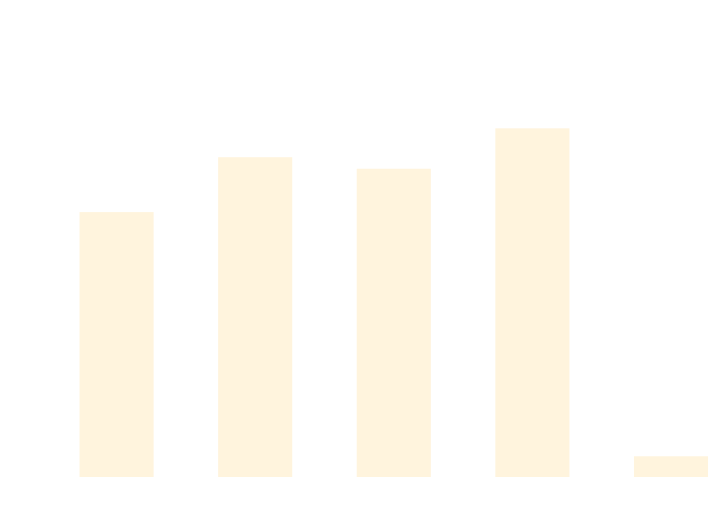
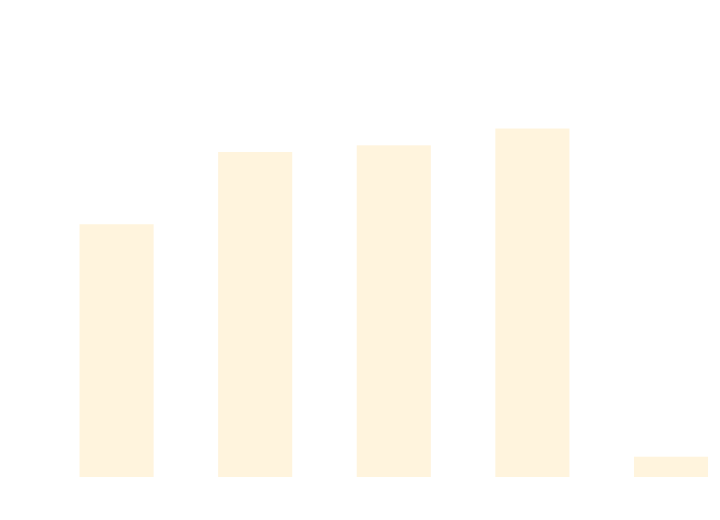
Before and after one commit to thomhurst/TUnit: the diagram in docs/docs/benchmarks/DataDrivenTests.md, drawn with Mermaid. The commit also changed other lines of this file and 17 other files, not shown here.

````diff
--- a/docs/docs/benchmarks/DataDrivenTests.md
+++ b/docs/docs/benchmarks/DataDrivenTests.md
@@ -27,37 +27,37 @@
 ```mermaid
 %%{init: {
   'theme':'base',
   'themeVariables': {
     'primaryColor': '#2563eb',
     'primaryTextColor': '#ffffff',
     'primaryBorderColor': '#1e40af',
     'lineColor': '#6b7280',
     'secondaryColor': '#7c3aed',
     'tertiaryColor': '#dc2626',
     'background': '#ffffff',
     'mainBkg': '#2563eb',
     'secondBkg': '#7c3aed',
     'tertiaryBkg': '#dc2626',
     'clusterBkg': '#f3f4f6',
     'edgeLabelBackground': '#ffffff',
     'tertiaryTextColor': '#1f2937',
     'pie1': '#2563eb',
     'pie2': '#7c3aed',
     'pie3': '#dc2626',
     'pie4': '#f59e0b',
     'pie5': '#10b981',
     'pie6': '#06b6d4',
     'pie7': '#ec4899',
     'pie8': '#6366f1',
     'pie9': '#84cc16',
     'pie10': '#f97316',
     'pie11': '#14b8a6',
     'pie12': '#a855f7'
   }
 }}%%
 xychart-beta
   title "DataDrivenTests Performance Comparison"
   x-axis ["TUnit", "NUnit", "MSTest", "xUnit3", "TUnit_AOT"]
-  y-axis "Time (ms)" 0 --> 713
-  bar [447.82, 543.5, 523.46, 593.88, 22.16]
+  y-axis "Time (ms)" 0 --> 737
+  bar [441.02, 571.19, 583.24, 613.53, 22.17]
 ```
````
